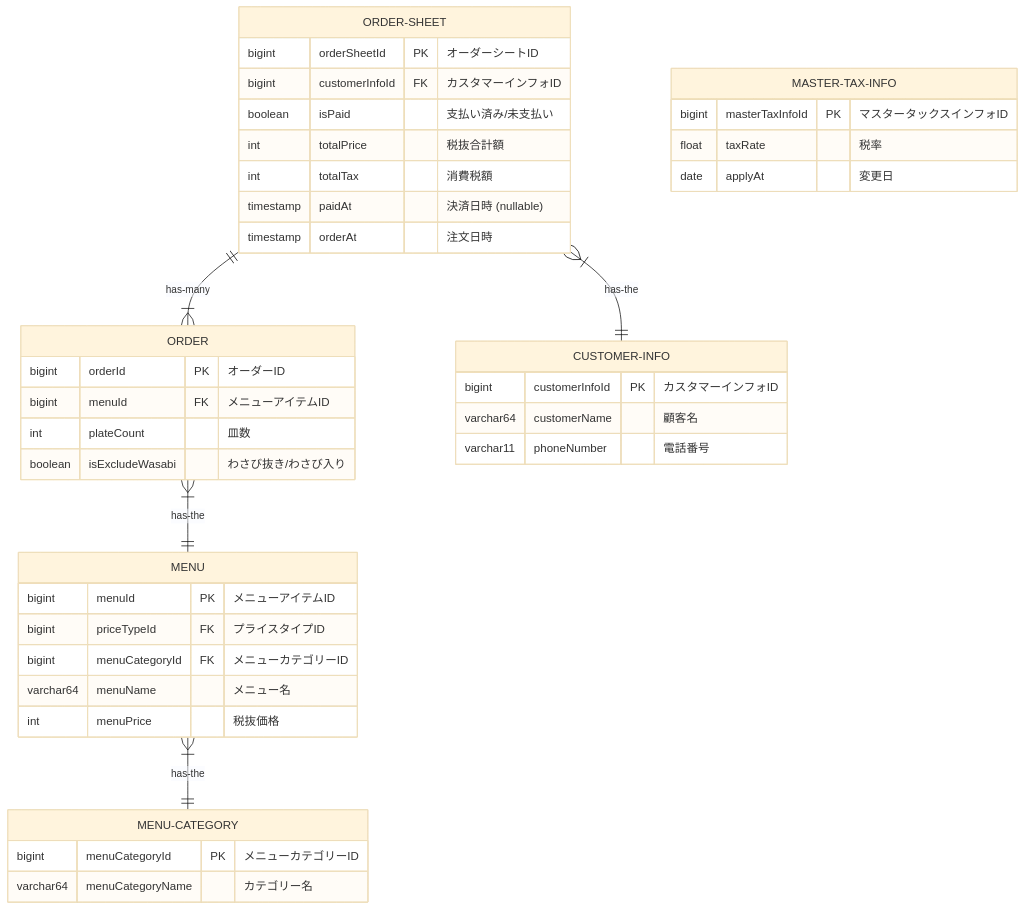
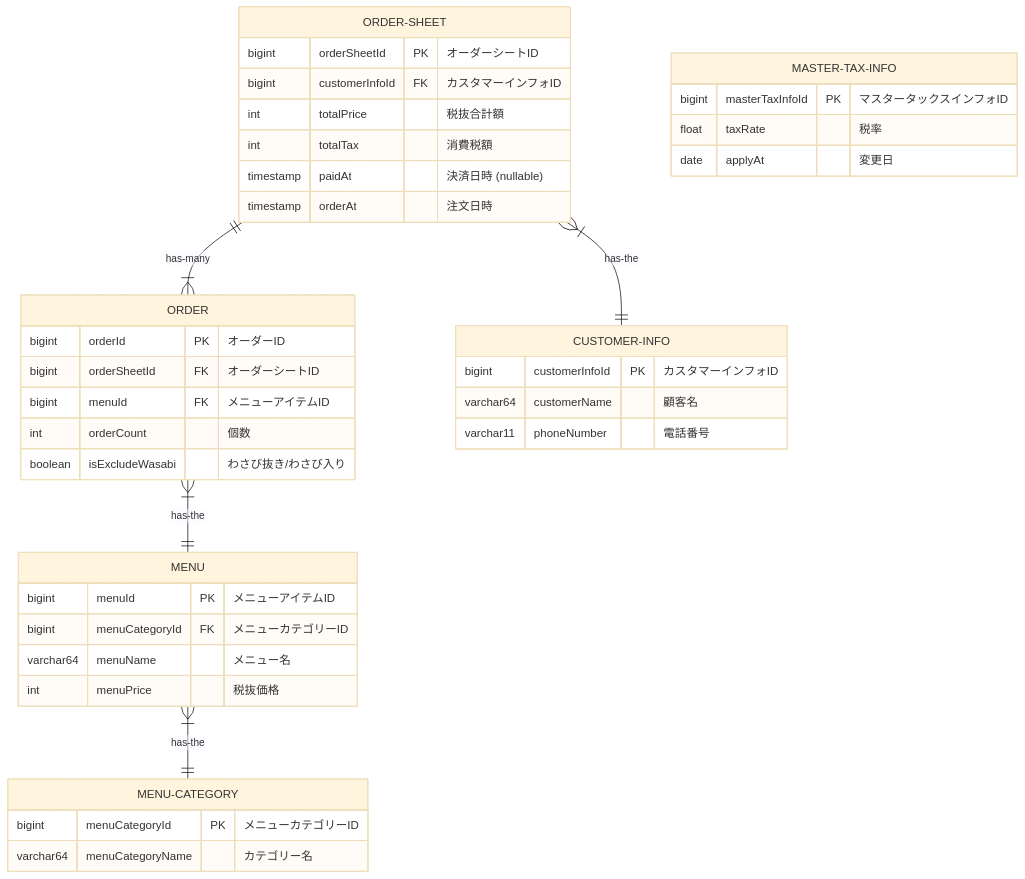
One commit to junseinagao/praha-challenge changed the first of 2 diagrams in データベース設計/DBモデリング1/課題1.md. Above: the diagram before and after it, drawn with Mermaid (base theme). The commit also changed 2 other files, not shown here.

Commit message:
[DBモデリング1] レビュー箇所を修正

````diff
--- a/データベース設計/DBモデリング1/課題1.md
+++ b/データベース設計/DBモデリング1/課題1.md
@@ -5,49 +5,48 @@
 ```mermaid
 erDiagram
     ORDER-SHEET ||--|{ ORDER : has-many
     ORDER-SHEET }|--|| CUSTOMER-INFO : has-the
     ORDER }|--|| MENU : has-the
     MENU }|--|| MENU-CATEGORY : has-the
 
     ORDER-SHEET {
         bigint orderSheetId PK "オーダーシートID"
         bigint customerInfoId FK "カスタマーインフォID"
-        boolean isPaid "支払い済み/未支払い"
         int totalPrice "税抜合計額"
         int totalTax "消費税額"
         timestamp paidAt "決済日時 (nullable)"
         timestamp orderAt "注文日時"
     }
 
     ORDER {
         bigint orderId PK "オーダーID"
+        bigint orderSheetId FK "オーダーシートID"
         bigint menuId FK "メニューアイテムID"
-        int plateCount "皿数"
+        int orderCount "個数"
         boolean isExcludeWasabi "わさび抜き/わさび入り"
     }
 
     MENU {
         bigint menuId PK "メニューアイテムID"
-        bigint priceTypeId FK "プライスタイプID"
         bigint menuCategoryId FK "メニューカテゴリーID"
         varchar64 menuName "メニュー名"
         int menuPrice "税抜価格"
     }
 
     MENU-CATEGORY {
         bigint menuCategoryId PK "メニューカテゴリーID"
         varchar64 menuCategoryName "カテゴリー名"
     }
 
     CUSTOMER-INFO {
         bigint customerInfoId PK "カスタマーインフォID"
         varchar64 customerName "顧客名"
         varchar11 phoneNumber "電話番号"
     }
 
     MASTER-TAX-INFO {
         bigint masterTaxInfoId PK "マスタータックスインフォID"
         float taxRate "税率"
         date applyAt "変更日"
     }
 ```
````
